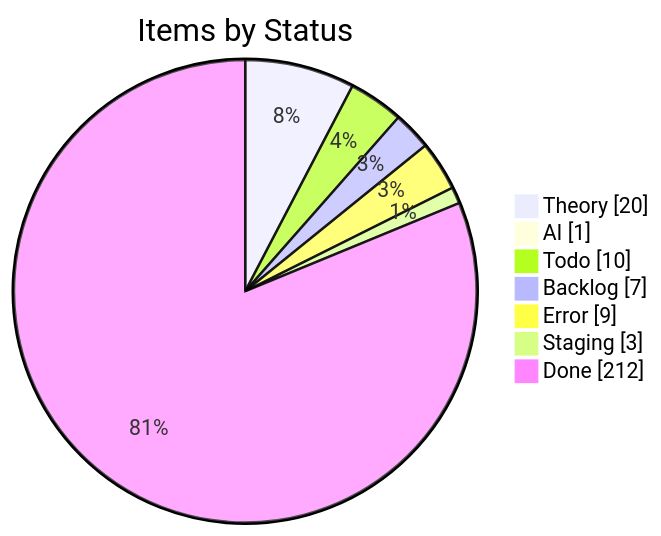
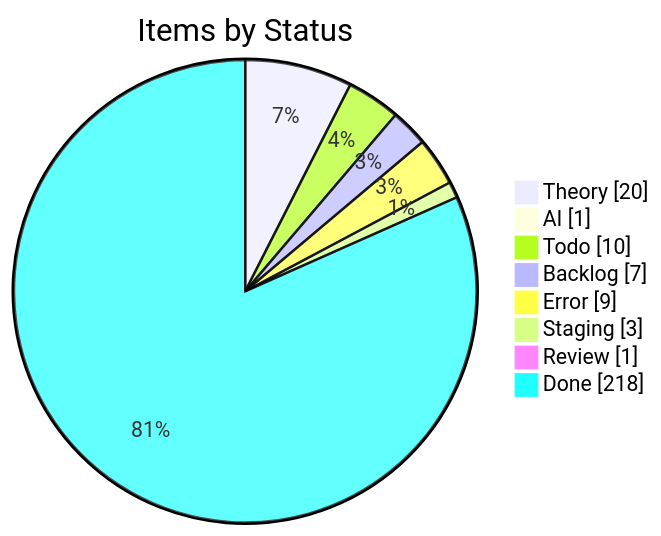
One commit to KBVE/kbve changed the first of 4 diagrams in apps/kbve/astro-kbve/src/content/docs/dashboard/kanban-data.mdx. Above: the diagram before and after it, drawn with Mermaid. The commit also changed other lines of this file and 8 other files, not shown here.

````diff
--- a/apps/kbve/astro-kbve/src/content/docs/dashboard/kanban-data.mdx
+++ b/apps/kbve/astro-kbve/src/content/docs/dashboard/kanban-data.mdx
@@ -55,11 +55,12 @@
 ```mermaid
 pie showData
     title Items by Status
     "Theory" : 20
     "AI" : 1
     "Todo" : 10
     "Backlog" : 7
     "Error" : 9
     "Staging" : 3
-    "Done" : 212
+    "Review" : 1
+    "Done" : 218
 ```
````
